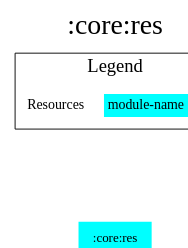
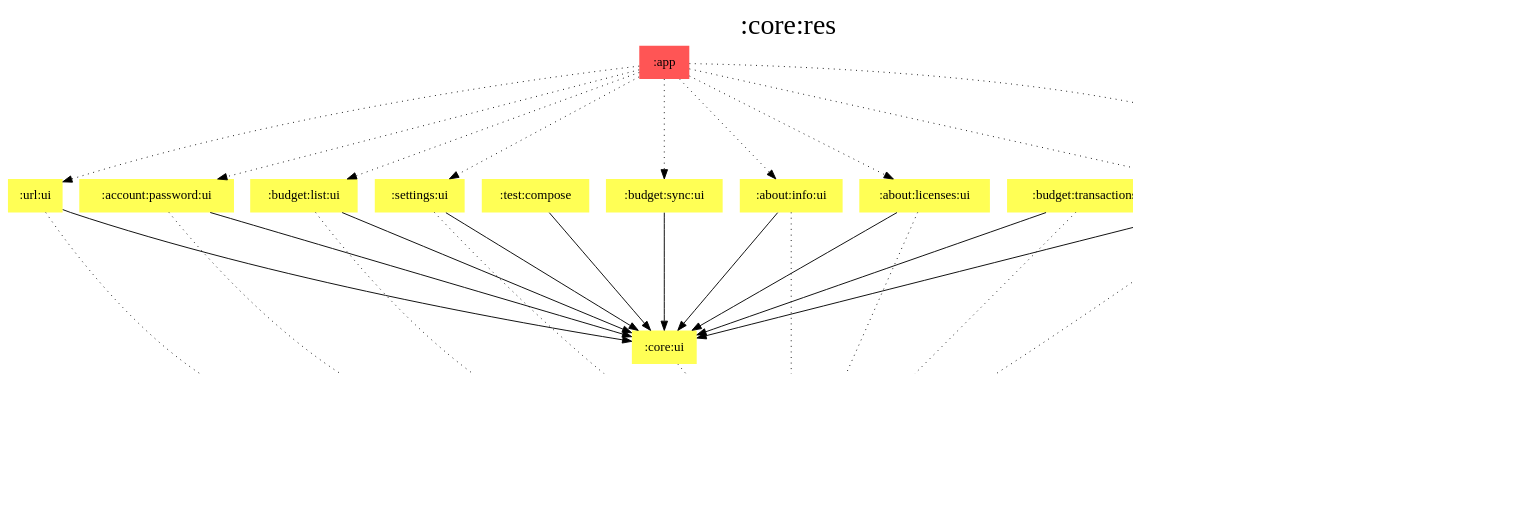
The diagram in modules/core/res/modules.dot (jonapoul/aktual), drawn with Graphviz before and after one commit. The commit also changed 134 other files, not shown here.

Commit message:
Use gradle caching for module diagrams

```diff
--- a/modules/core/res/modules.dot
+++ b/modules/core/res/modules.dot
@@ -1,20 +1,62 @@
 digraph {
 edge ["dir"="forward"]
 graph ["dpi"="100","label"=":core:res","labelloc"="t","fontsize"="30","ranksep"="1.5","rankdir"="TB"]
 node ["style"="filled"]
-":core:res" ["fillcolor"="#00FFFF","shape"="none"]
+":about:info:ui" ["fillcolor"="#FFFF55","shape"="none"]
+":about:licenses:ui" ["fillcolor"="#FFFF55","shape"="none"]
+":account:login:ui" ["fillcolor"="#FFFF55","shape"="none"]
+":account:password:ui" ["fillcolor"="#FFFF55","shape"="none"]
+":app" ["fillcolor"="#FF5555","shape"="none"]
+":budget:list:ui" ["fillcolor"="#FFFF55","shape"="none"]
+":budget:sync:ui" ["fillcolor"="#FFFF55","shape"="none"]
+":budget:transactions:ui" ["fillcolor"="#FFFF55","shape"="none"]
+":core:res" ["fillcolor"="#00FFFF","color"="black","penwidth"="3","shape"="box"]
+":core:ui" ["fillcolor"="#FFFF55","shape"="none"]
+":settings:ui" ["fillcolor"="#FFFF55","shape"="none"]
+":test:compose" ["fillcolor"="#FFFF55","shape"="none"]
+":url:ui" ["fillcolor"="#FFFF55","shape"="none"]
 {
 edge ["dir"="none"]
 graph ["rank"="same"]
 ":core:res"
 }
+":about:info:ui" -> ":core:res" ["style"="dotted"]
+":about:info:ui" -> ":core:ui"
+":about:licenses:ui" -> ":core:res" ["style"="dotted"]
+":about:licenses:ui" -> ":core:ui"
+":account:login:ui" -> ":core:res" ["style"="dotted"]
+":account:login:ui" -> ":core:ui"
+":account:password:ui" -> ":core:res" ["style"="dotted"]
+":account:password:ui" -> ":core:ui"
+":app" -> ":about:info:ui" ["style"="dotted"]
+":app" -> ":about:licenses:ui" ["style"="dotted"]
+":app" -> ":account:login:ui" ["style"="dotted"]
+":app" -> ":account:password:ui" ["style"="dotted"]
+":app" -> ":budget:list:ui" ["style"="dotted"]
+":app" -> ":budget:sync:ui" ["style"="dotted"]
+":app" -> ":core:res" ["style"="dotted"]
+":app" -> ":settings:ui" ["style"="dotted"]
+":app" -> ":url:ui" ["style"="dotted"]
+":budget:list:ui" -> ":core:res" ["style"="dotted"]
+":budget:list:ui" -> ":core:ui"
+":budget:sync:ui" -> ":core:ui"
+":budget:transactions:ui" -> ":core:res" ["style"="dotted"]
+":budget:transactions:ui" -> ":core:ui"
+":core:ui" -> ":core:res" ["style"="dotted"]
+":settings:ui" -> ":core:res" ["style"="dotted"]
+":settings:ui" -> ":core:ui"
+":test:compose" -> ":core:ui"
+":url:ui" -> ":core:res" ["style"="dotted"]
+":url:ui" -> ":core:ui"
 subgraph "cluster_legend" {
 edge ["dir"="none"]
 graph ["label"="Legend","fontsize"="20"]
 "Legend" ["style"="filled","fillcolor"="#FFFFFF","shape"="none","margin"="0","fontsize"="15","label"=<
 <TABLE BORDER="0" CELLBORDER="0" CELLSPACING="0" CELLPADDING="4">
+<TR><TD>App</TD><TD BGCOLOR="#FF5555">module-name</TD></TR>
+<TR><TD>Compose</TD><TD BGCOLOR="#FFFF55">module-name</TD></TR>
 <TR><TD>Resources</TD><TD BGCOLOR="#00FFFF">module-name</TD></TR>
 </TABLE>
 >]
 } -> ":core:res" ["style"="invis"]
 }
```
